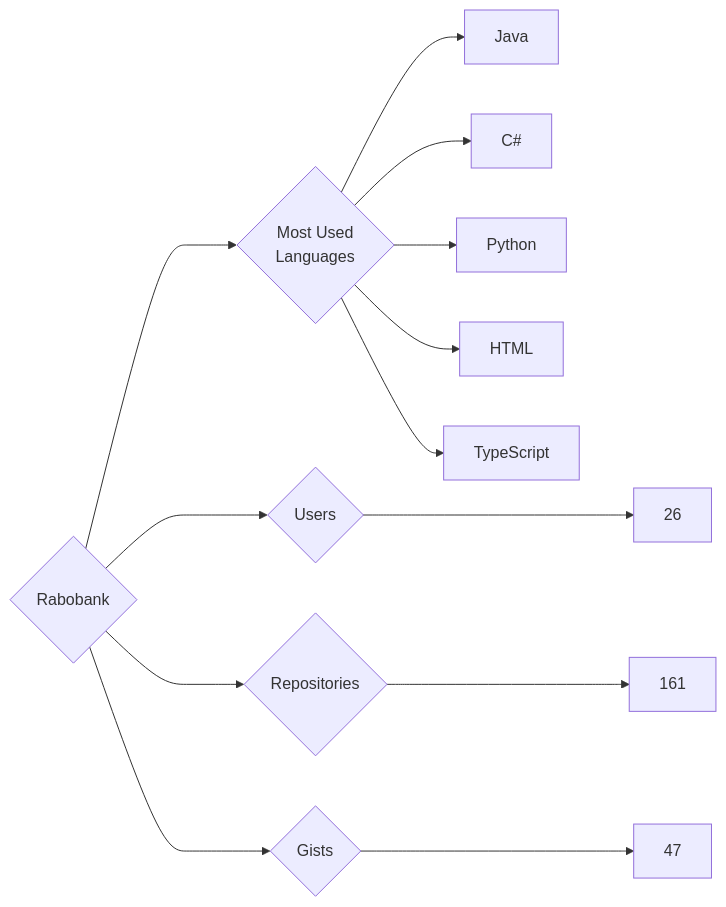
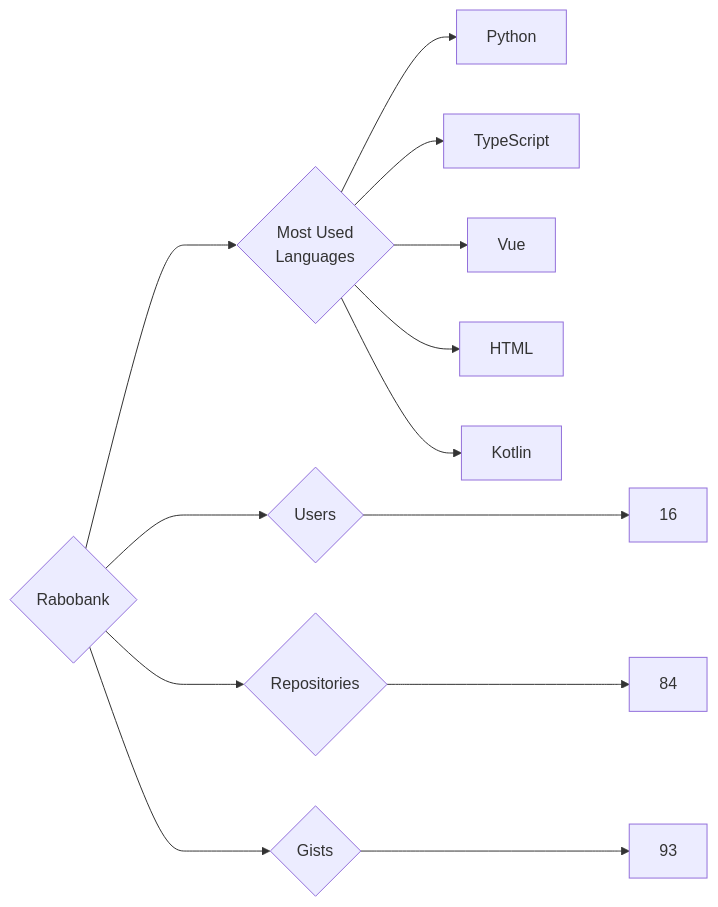
Before and after one commit to trickest/insiders: the diagram in targets/Rabobank/README.md, drawn with Mermaid. The commit also changed 965 other files, not shown here.

````diff
--- a/targets/Rabobank/README.md
+++ b/targets/Rabobank/README.md
@@ -3,13 +3,13 @@
 ```mermaid
 graph LR
 COMPANY_NAME{Rabobank}
-COMPANY_NAME ---> U{Users} ---> UN[26]
-COMPANY_NAME ---> R{Repositories} ---> RN[161]
-COMPANY_NAME ---> G{Gists} ---> GN[47]
+COMPANY_NAME ---> U{Users} ---> UN[16]
+COMPANY_NAME ---> R{Repositories} ---> RN[84]
+COMPANY_NAME ---> G{Gists} ---> GN[93]
 COMPANY_NAME ---> ML{Most Used<br>Languages}
-ML --> Java[Java]
-ML --> C#[C#]
 ML --> Python[Python]
+ML --> TypeScript[TypeScript]
+ML --> Vue[Vue]
 ML --> HTML[HTML]
-ML --> TypeScript[TypeScript]
+ML --> Kotlin[Kotlin]
 ```
````
